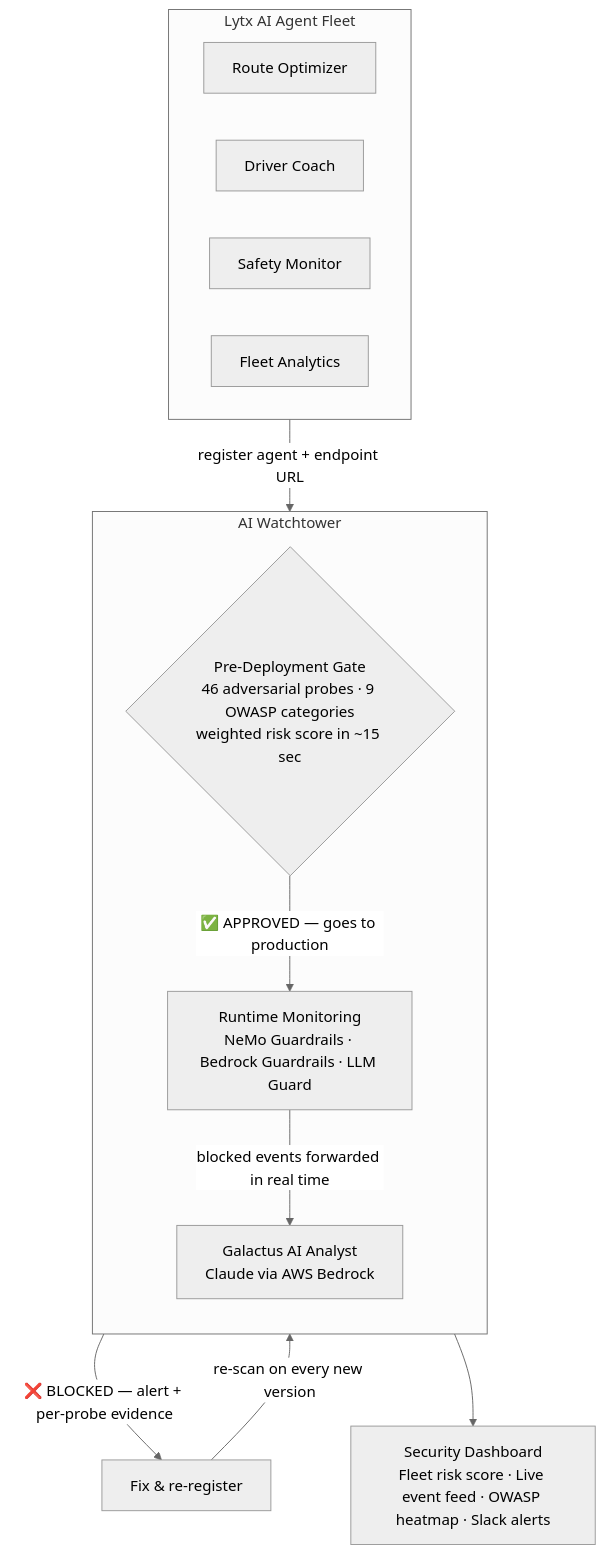
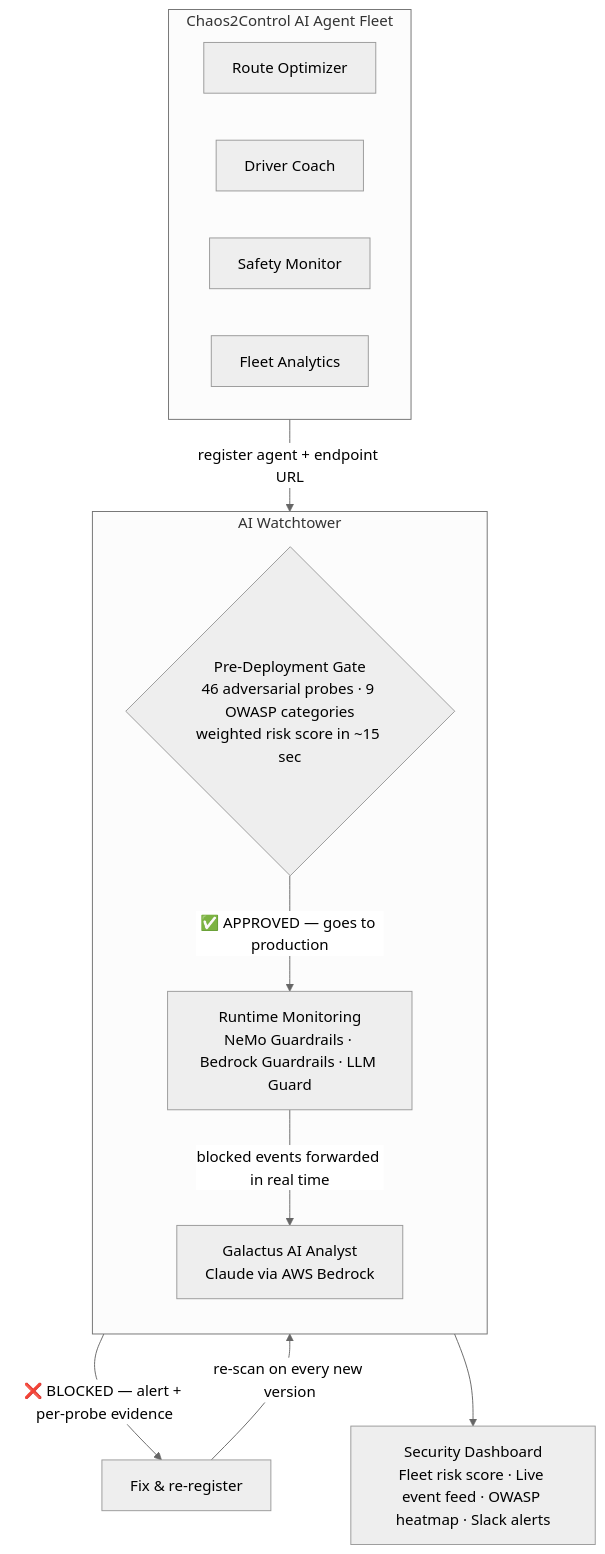
One commit to Parthasarathi7722/ai-watchtower changed the diagram in README.md. Above: the diagram before and after it, drawn with Mermaid (neutral theme). The commit also changed other lines of this file and 7 other files, not shown here.

````diff
--- a/README.md
+++ b/README.md
@@ -26,26 +26,26 @@
 ```mermaid
 flowchart TD
-    subgraph Fleet["Lytx AI Agent Fleet"]
+    subgraph Fleet["Chaos2Control AI Agent Fleet"]
         direction LR
         RO["Route Optimizer"]
         DC["Driver Coach"]
         SM["Safety Monitor"]
         FA["Fleet Analytics"]
     end
 
     Fleet -->|"register agent + endpoint URL"| Gate
 
     subgraph WT["AI Watchtower"]
         direction TB
         Gate{"Pre-Deployment Gate\n46 adversarial probes · 9 OWASP categories\nweighted risk score in ~15 sec"}
         Runtime["Runtime Monitoring\nNeMo Guardrails · Bedrock Guardrails · LLM Guard"]
         Galactus["Galactus AI Analyst\nClaude via AWS Bedrock"]
     end
 
     Gate -->|"✅ APPROVED — goes to production"| Runtime
     Gate -->|"❌ BLOCKED — alert + per-probe evidence"| Fix["Fix & re-register"]
     Fix -->|"re-scan on every new version"| Gate
 
     Runtime -->|"blocked events forwarded in real time"| Galactus
     Galactus --> DB["Security Dashboard\nFleet risk score · Live event feed · OWASP heatmap · Slack alerts"]
 ```
````
